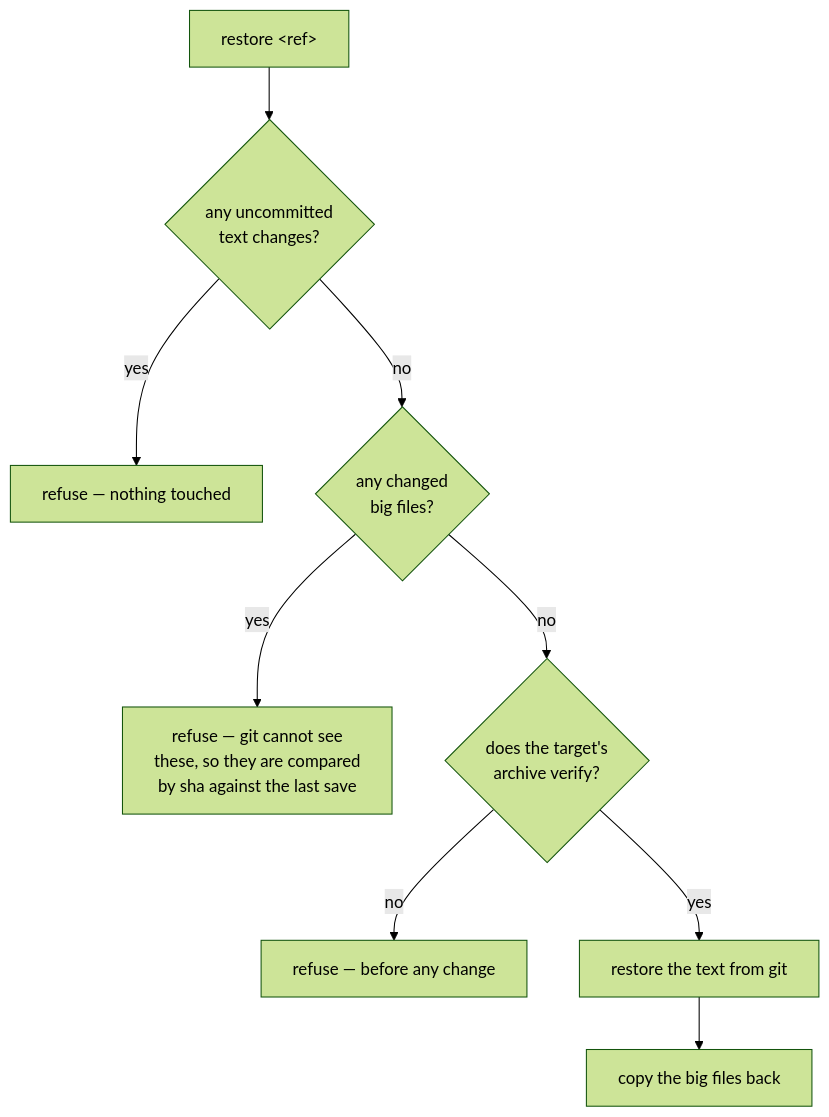
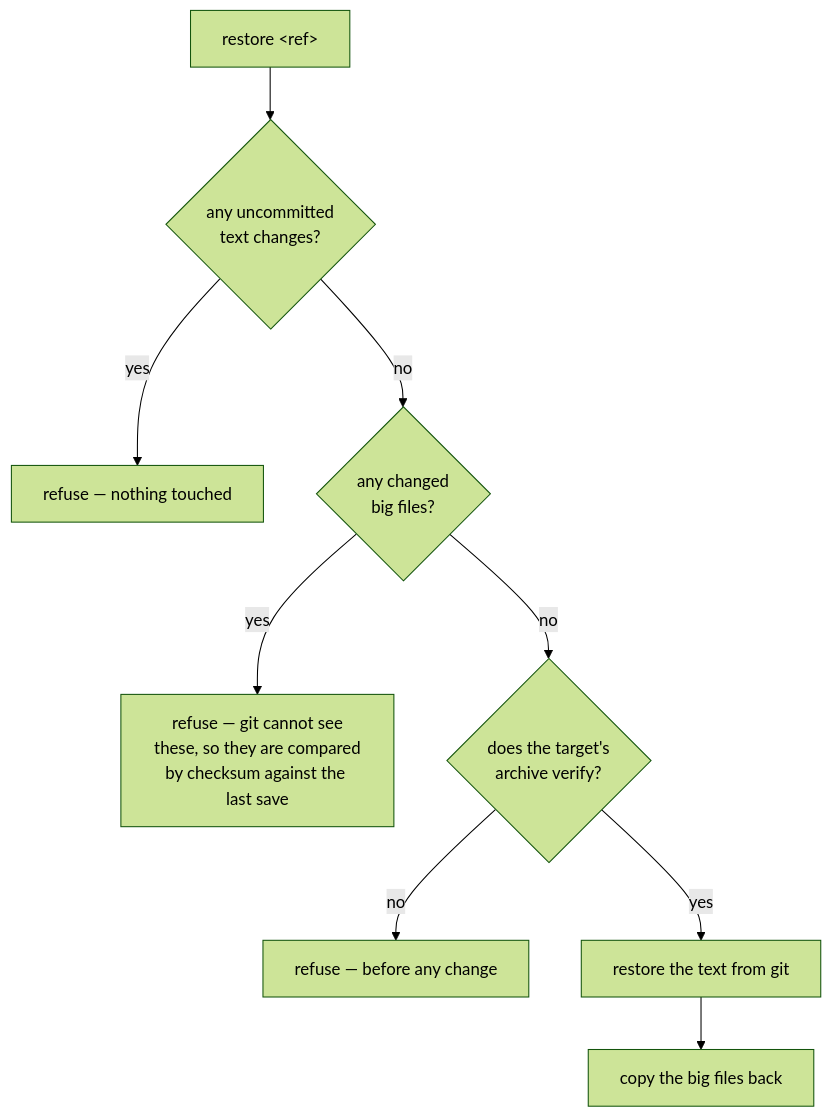
One commit to Qing-LAB/molbuilder changed the third of 3 diagrams in docs/execution/checkpointing.md. Above: the diagram before and after it, drawn with Mermaid (forest theme). The commit also changed other lines of this file, not shown here.

````diff
--- a/docs/execution/checkpointing.md
+++ b/docs/execution/checkpointing.md
@@ -172,11 +229,11 @@
 ```mermaid
 flowchart TB
     R["restore &lt;ref&gt;"] --> D1{"any uncommitted<br/>text changes?"}
     D1 -->|"yes"| X1["refuse — nothing touched"]
     D1 -->|"no"| D2{"any changed<br/>big files?"}
-    D2 -->|"yes"| X2["refuse — git cannot see<br/>these, so they are compared<br/>by sha against the last save"]
+    D2 -->|"yes"| X2["refuse — git cannot see<br/>these, so they are compared<br/>by checksum against the last save"]
     D2 -->|"no"| D3{"does the target's<br/>archive verify?"}
     D3 -->|"no"| X3["refuse — before any change"]
     D3 -->|"yes"| G["restore the text from git"]
     G --> B["copy the big files back"]
 ```
````
